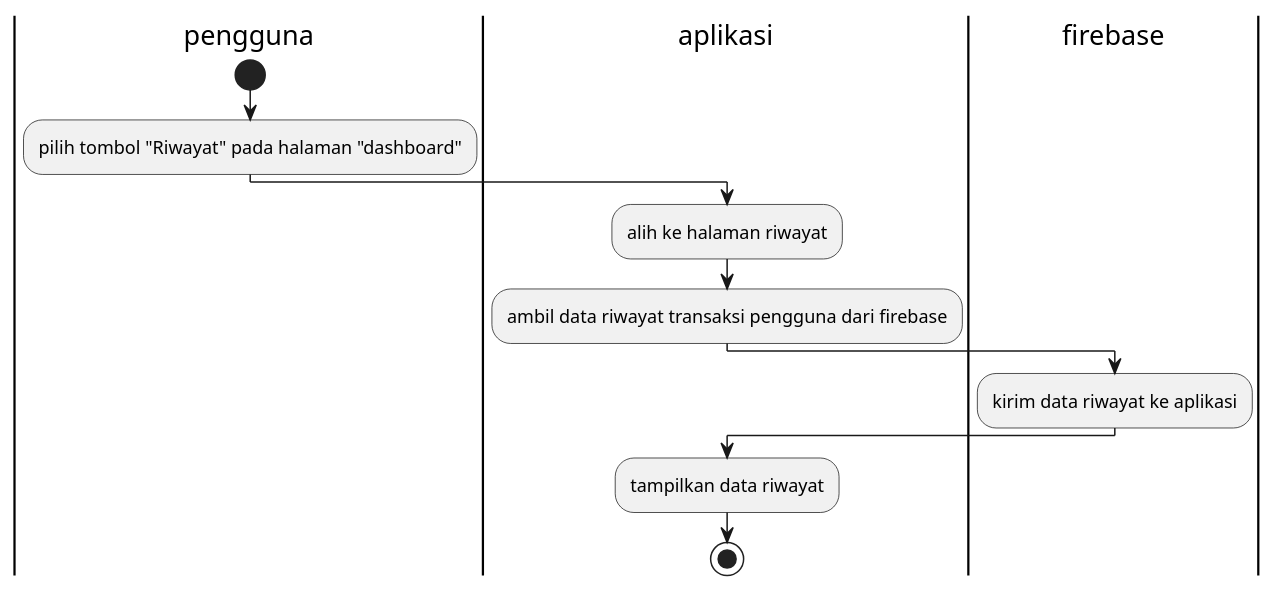
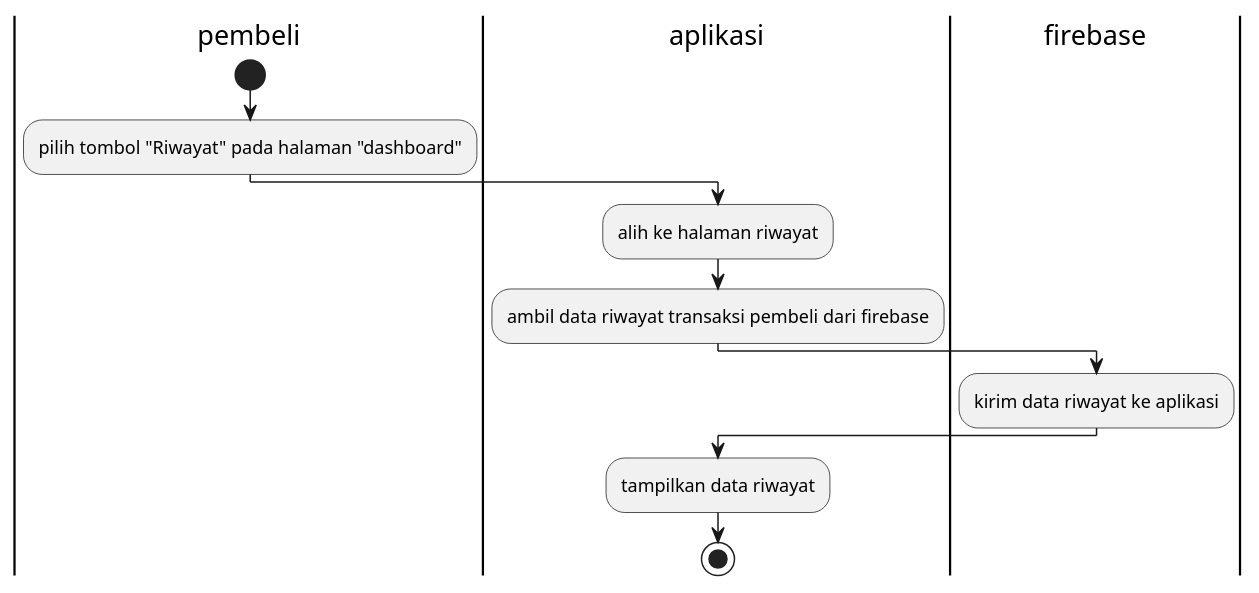
The diagram in trx_history_activity.puml (stnDinus/skpl_apbo_diagrams), drawn with PlantUML before and after one commit. The commit also changed 7 other files, not shown here.

Commit message:
fix: rename pengguna -> pembeli

```diff
--- a/trx_history_activity.puml
+++ b/trx_history_activity.puml
@@ -1,18 +1,18 @@
 @startuml
 
-|pengguna|
+|pembeli|
 start
 :pilih tombol "Riwayat" pada halaman "dashboard";
 
 |aplikasi|
 :alih ke halaman riwayat;
-:ambil data riwayat transaksi pengguna dari firebase;
+:ambil data riwayat transaksi pembeli dari firebase;
 
 |firebase|
 :kirim data riwayat ke aplikasi;
 
 |aplikasi|
 :tampilkan data riwayat;
 stop
 
 @enduml
```
